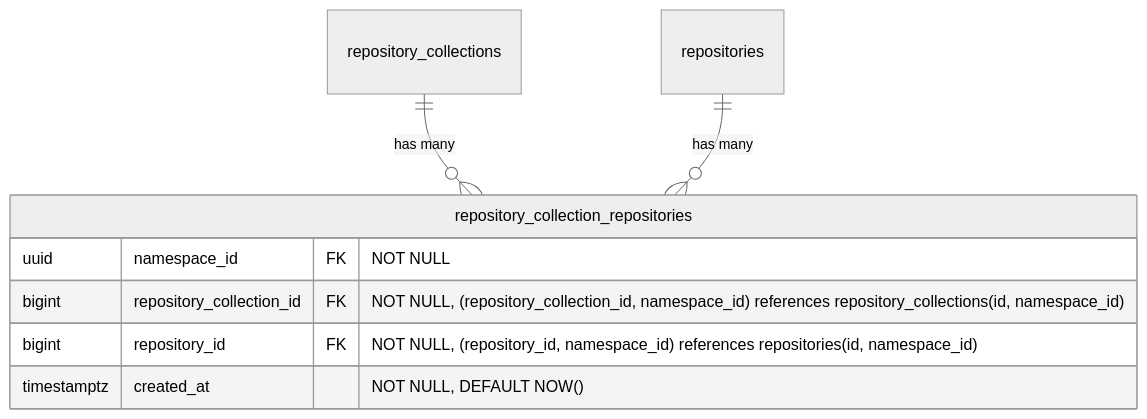
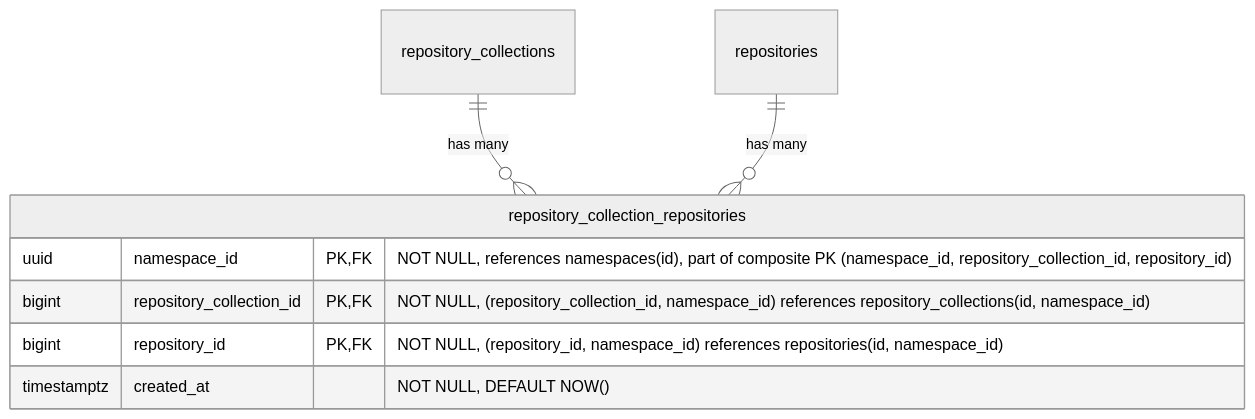
Before and after one commit to kyama0/gitlab-handbook-ja: the fourth of 19 diagrams in content/handbook/engineering/architecture/design-documents/artifact_registry/decisions/007_database_schema.md, drawn with Mermaid (neutral theme). The commit also changed other lines of this file and 7 other files, not shown here.

````diff
--- a/content/handbook/engineering/architecture/design-documents/artifact_registry/decisions/007_database_schema.md
+++ b/content/handbook/engineering/architecture/design-documents/artifact_registry/decisions/007_database_schema.md
@@ -216,12 +232,12 @@
 ```mermaid
 erDiagram
     repository_collections ||--o{ repository_collection_repositories : "has many"
     repositories ||--o{ repository_collection_repositories : "has many"
 
     repository_collection_repositories {
-        uuid namespace_id FK "NOT NULL"
-        bigint repository_collection_id FK "NOT NULL, (repository_collection_id, namespace_id) references repository_collections(id, namespace_id)"
-        bigint repository_id FK "NOT NULL, (repository_id, namespace_id) references repositories(id, namespace_id)"
+        uuid namespace_id PK,FK "NOT NULL, references namespaces(id), part of composite PK (namespace_id, repository_collection_id, repository_id)"
+        bigint repository_collection_id PK,FK "NOT NULL, (repository_collection_id, namespace_id) references repository_collections(id, namespace_id)"
+        bigint repository_id PK,FK "NOT NULL, (repository_id, namespace_id) references repositories(id, namespace_id)"
         timestamptz created_at "NOT NULL, DEFAULT NOW()"
     }
 ```
````
